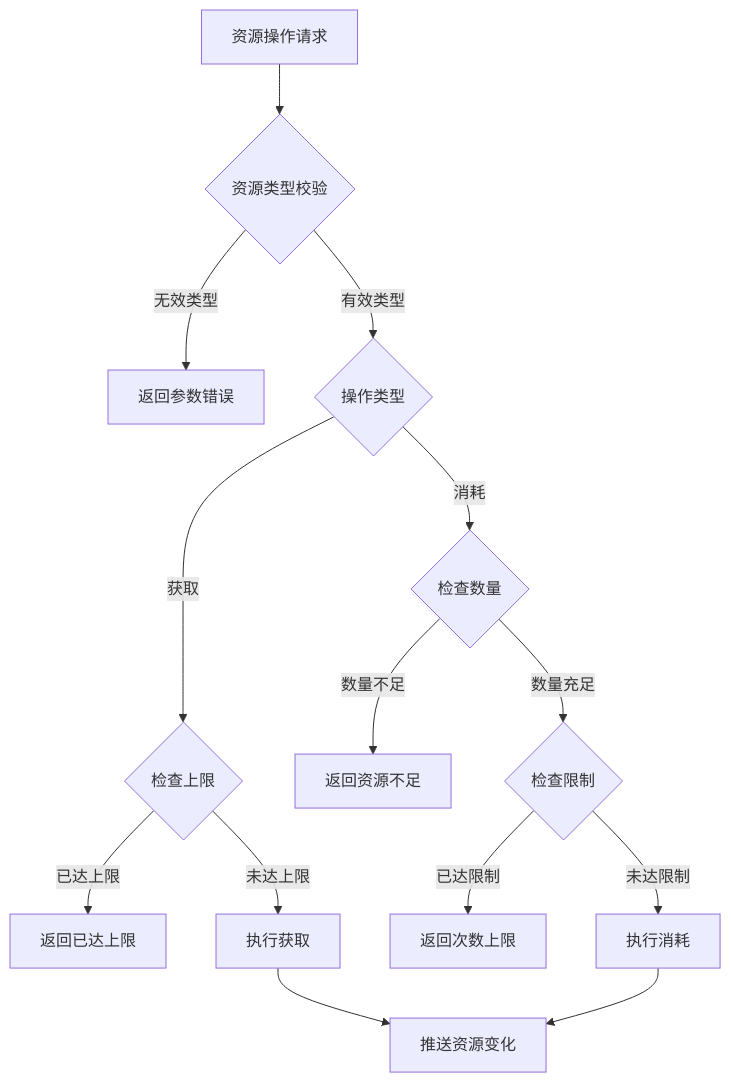
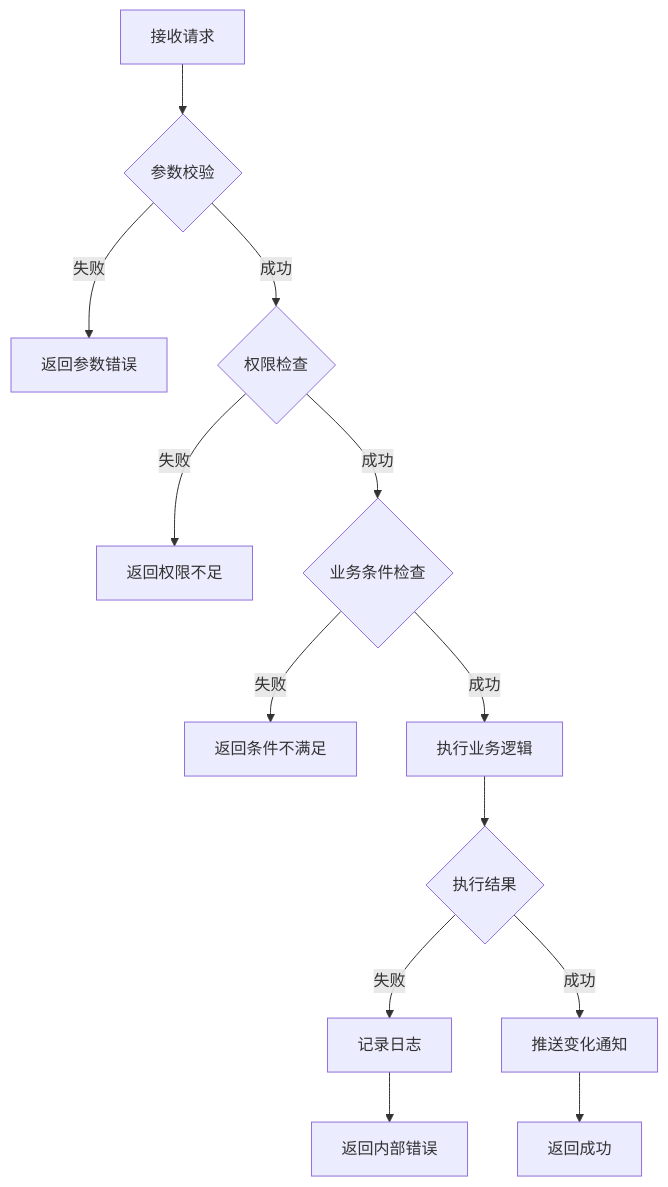
Before and after one commit to Alan-Ben/k2c_game_framework: the fifth of 5 diagrams in docs/Module_Player/06_实现细节.md, drawn with Mermaid. The commit also changed other lines of this file and 75 other files, not shown here.

````diff
--- a/docs/Module_Player/06_实现细节.md
+++ b/docs/Module_Player/06_实现细节.md
@@ -246,16 +284,15 @@
 ```mermaid
 flowchart TD
-    A[资源操作请求] --> B{资源类型校验}
-    B -->|无效类型| C[返回参数错误]
-    B -->|有效类型| D{操作类型}
-    D -->|获取| E{检查上限}
-    E -->|已达上限| F[返回已达上限]
-    E -->|未达上限| G[执行获取]
-    D -->|消耗| H{检查数量}
-    H -->|数量不足| I[返回资源不足]
-    H -->|数量充足| J{检查限制}
-    J -->|已达限制| K[返回次数上限]
-    J -->|未达限制| L[执行消耗]
-    G --> M[推送资源变化]
-    L --> M
+    A[接收请求] --> B{参数校验}
+    B -->|失败| C[返回参数错误]
+    B -->|成功| D{权限检查}
+    D -->|失败| E[返回权限不足]
+    D -->|成功| F{业务条件检查}
+    F -->|失败| G[返回条件不满足]
+    F -->|成功| H[执行业务逻辑]
+    H --> I{执行结果}
+    I -->|失败| J[记录日志]
+    J --> K[返回内部错误]
+    I -->|成功| L[推送变化通知]
+    L --> M[返回成功]
 ```
````
